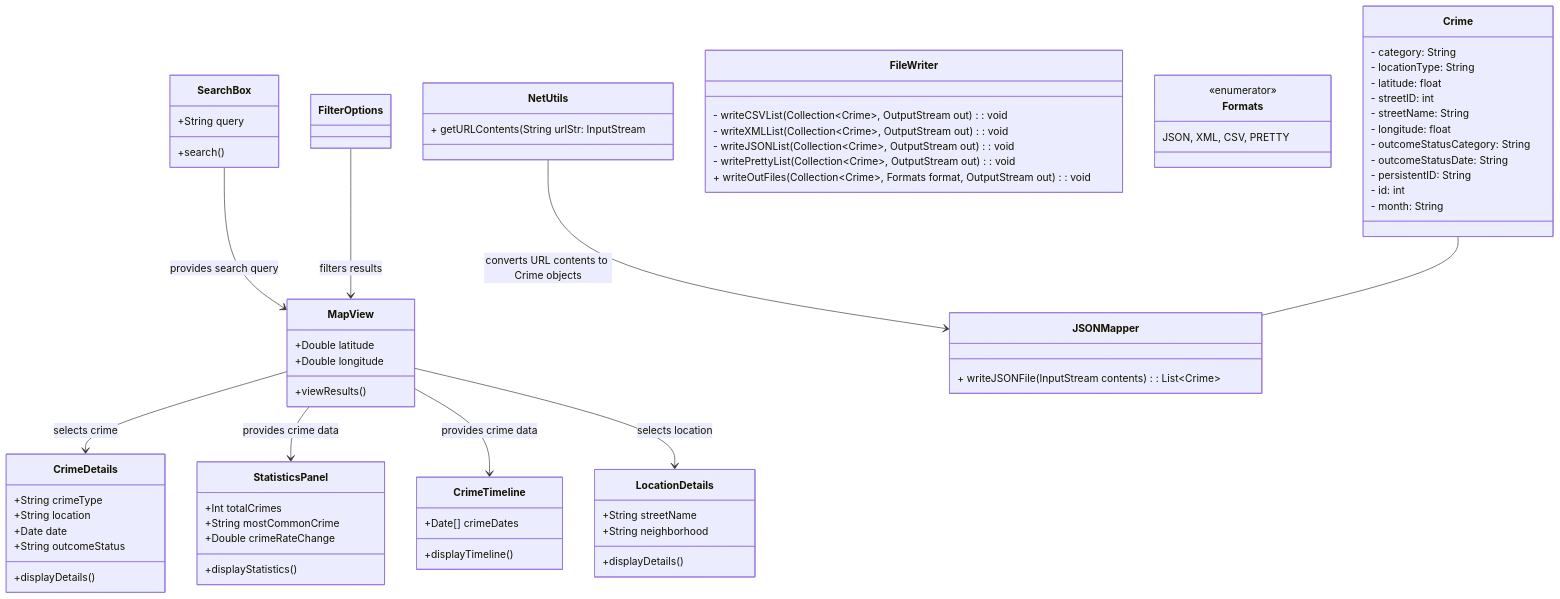
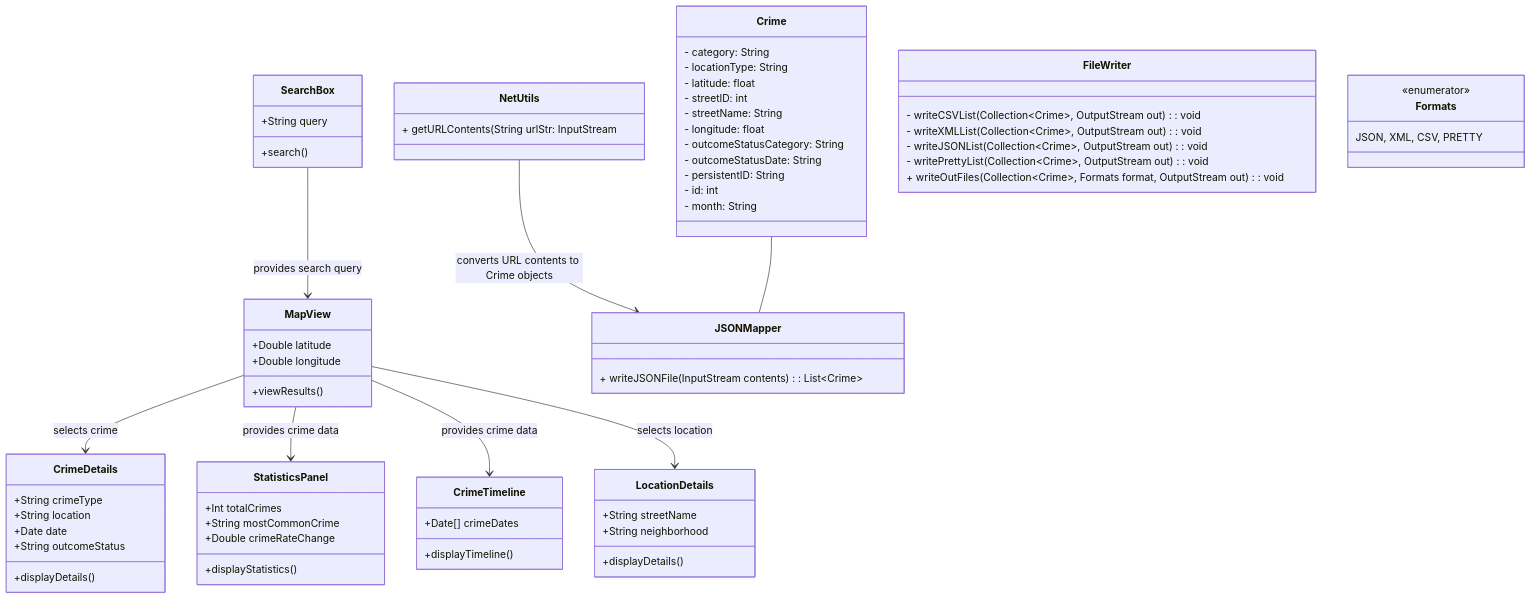
The diagram in DesignDocuments/README.md (wbeeker/UK-Crime-Data), drawn with Mermaid before and after one commit.

````diff
--- a/DesignDocuments/README.md
+++ b/DesignDocuments/README.md
@@ -27,73 +27,72 @@
 ```mermaid
 classDiagram
     class SearchBox {
         +String query
         +search()
     }
     class MapView {
         +Double latitude
         +Double longitude
         +viewResults()
     }
     class CrimeDetails {
         +String crimeType
         +String location
         +Date date
         +String outcomeStatus
         +displayDetails()
     }
     class StatisticsPanel {
         +Int totalCrimes
         +String mostCommonCrime
         +Double crimeRateChange
         +displayStatistics()
     }
     class CrimeTimeline {
         +Date[] crimeDates
         +displayTimeline()
     }
     class LocationDetails {
         +String streetName
         +String neighborhood
         +displayDetails()
     }
     class NetUtils {
         + getURLContents(String urlStr: InputStream
     }
     class Crime {
         - category: String
         - locationType: String
         - latitude: float
         - streetID: int
         - streetName: String
         - longitude: float
         - outcomeStatusCategory: String
         - outcomeStatusDate: String
         - persistentID: String
         - id: int
         - month: String
     }
     class JSONMapper {
         + writeJSONFile(InputStream contents): List~Crime~
     }
     class FileWriter {
         - writeCSVList(Collection~Crime~, OutputStream out): void
         - writeXMLList(Collection~Crime~, OutputStream out): void
         - writeJSONList(Collection~Crime~, OutputStream out): void
         - writePrettyList(Collection~Crime~, OutputStream out): void
         + writeOutFiles(Collection~Crime~, Formats format, OutputStream out): void
     }
     class Formats {
     <<enumerator>>
     JSON, XML, CSV, PRETTY
     }
     SearchBox --> MapView : provides search query
     MapView --> CrimeDetails : selects crime
-    FilterOptions --> MapView : filters results
     MapView --> StatisticsPanel : provides crime data
     MapView --> CrimeTimeline : provides crime data
     MapView --> LocationDetails : selects location
     NetUtils --> JSONMapper : converts URL contents to Crime objects
     Crime -- JSONMapper 
 
 ```
````
